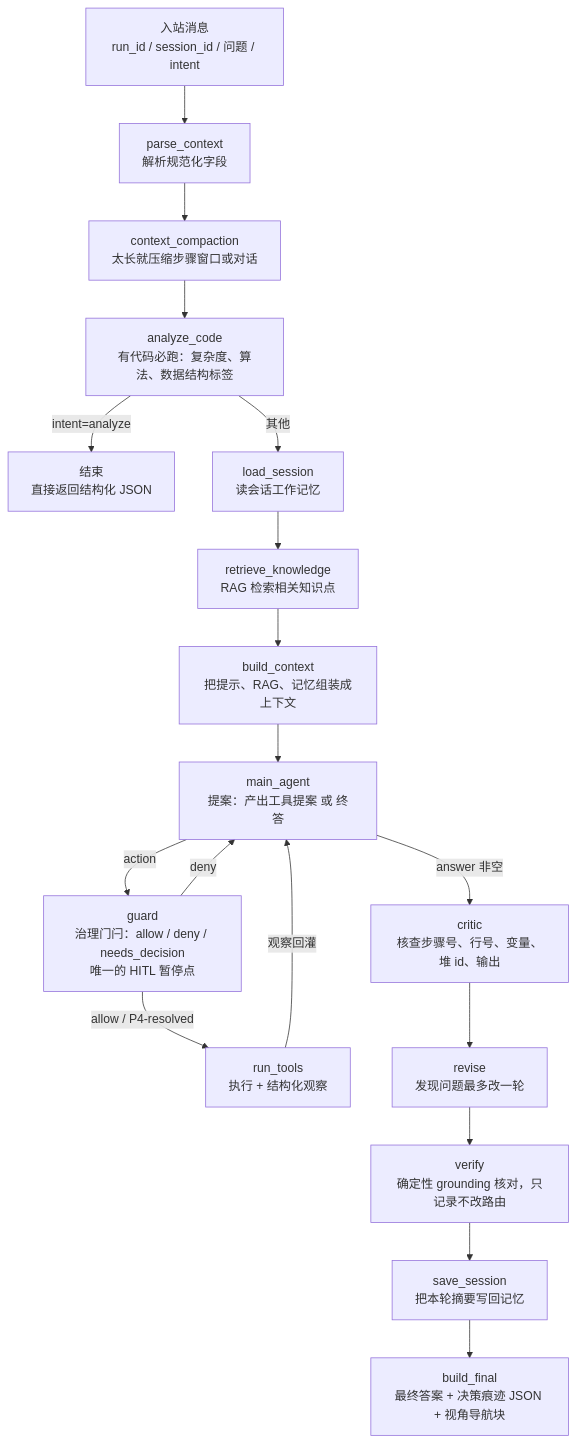
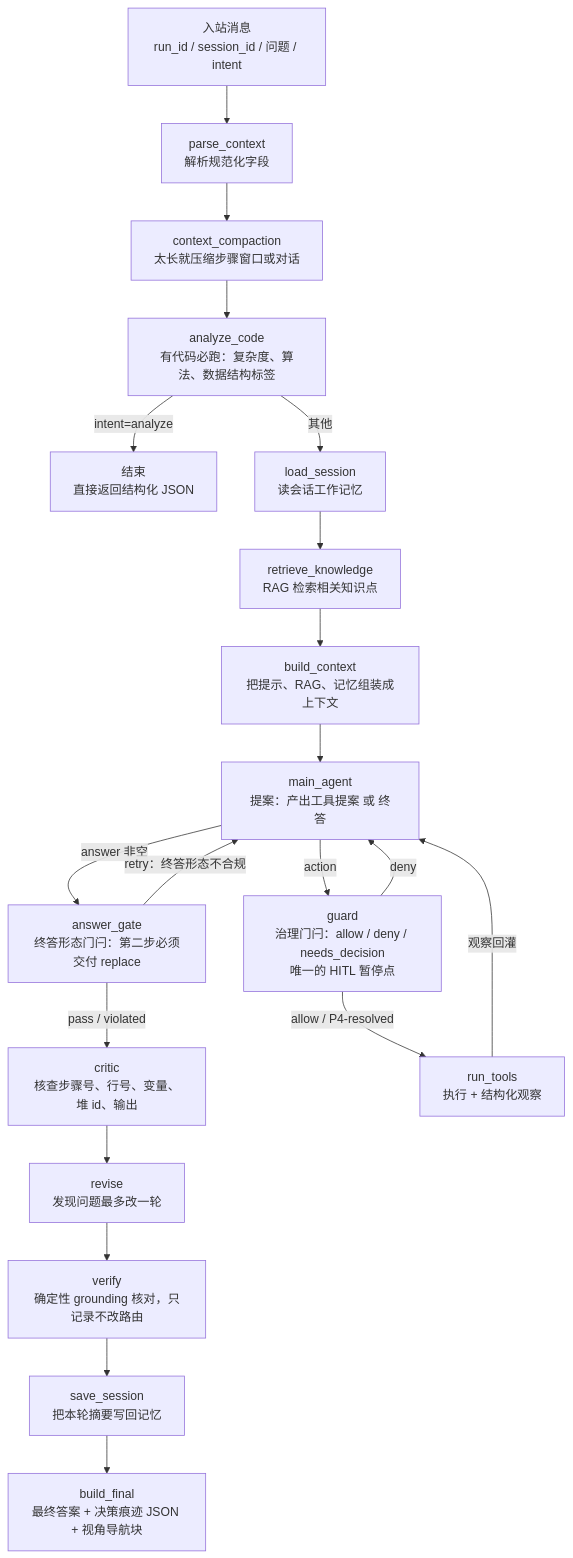
One commit to holycandle/javatutor-coze changed the diagram in docs/agent-collaboration-guide.md. Above: the diagram before and after it, drawn with Mermaid. The commit also changed other lines of this file and 20 other files, not shown here.

````diff
--- a/docs/agent-collaboration-guide.md
+++ b/docs/agent-collaboration-guide.md
@@ -7,20 +7,22 @@
 ```mermaid
 flowchart TD
     A[入站消息<br/>run_id / session_id / 问题 / intent] --> B[parse_context<br/>解析规范化字段]
     B --> C[context_compaction<br/>太长就压缩步骤窗口或对话]
     C --> D[analyze_code<br/>有代码必跑：复杂度、算法、数据结构标签]
     D -->|intent=analyze| Z[结束<br/>直接返回结构化 JSON]
     D -->|其他| E[load_session<br/>读会话工作记忆]
     E --> F[retrieve_knowledge<br/>RAG 检索相关知识点]
     F --> G[build_context<br/>把提示、RAG、记忆组装成上下文]
     G --> H[main_agent<br/>提案：产出工具提案 或 终答]
-    H -->|answer 非空| I[critic<br/>核查步骤号、行号、变量、堆 id、输出]
+    H -->|answer 非空| P[answer_gate<br/>终答形态门闩：第二步必须交付 replace]
+    P -->|pass / violated| I[critic<br/>核查步骤号、行号、变量、堆 id、输出]
+    P -->|retry：终答形态不合规| H
     H -->|action| M[guard<br/>治理门闩：allow / deny / needs_decision<br/>唯一的 HITL 暂停点]
     M -->|allow / P4-resolved| N[run_tools<br/>执行 + 结构化观察]
     M -->|deny| H
     N -->|观察回灌| H
     I --> J[revise<br/>发现问题最多改一轮]
     J --> V[verify<br/>确定性 grounding 核对，只记录不改路由]
     V --> K[save_session<br/>把本轮摘要写回记忆]
     K --> L[build_final<br/>最终答案 + 决策痕迹 JSON + 视角导航块]
 ```
````
